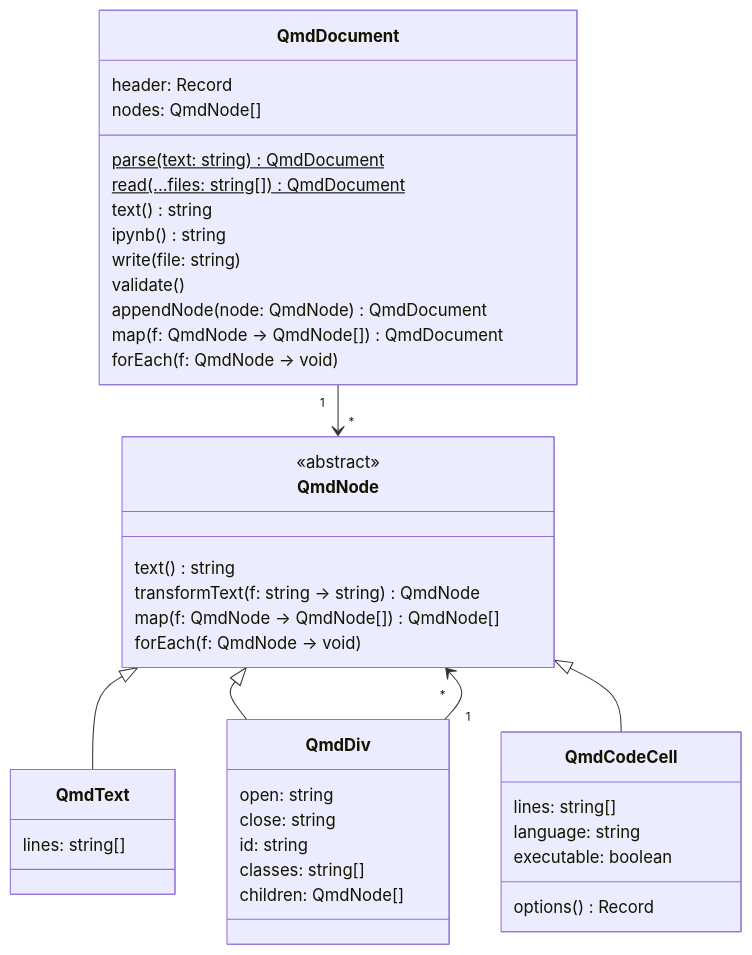
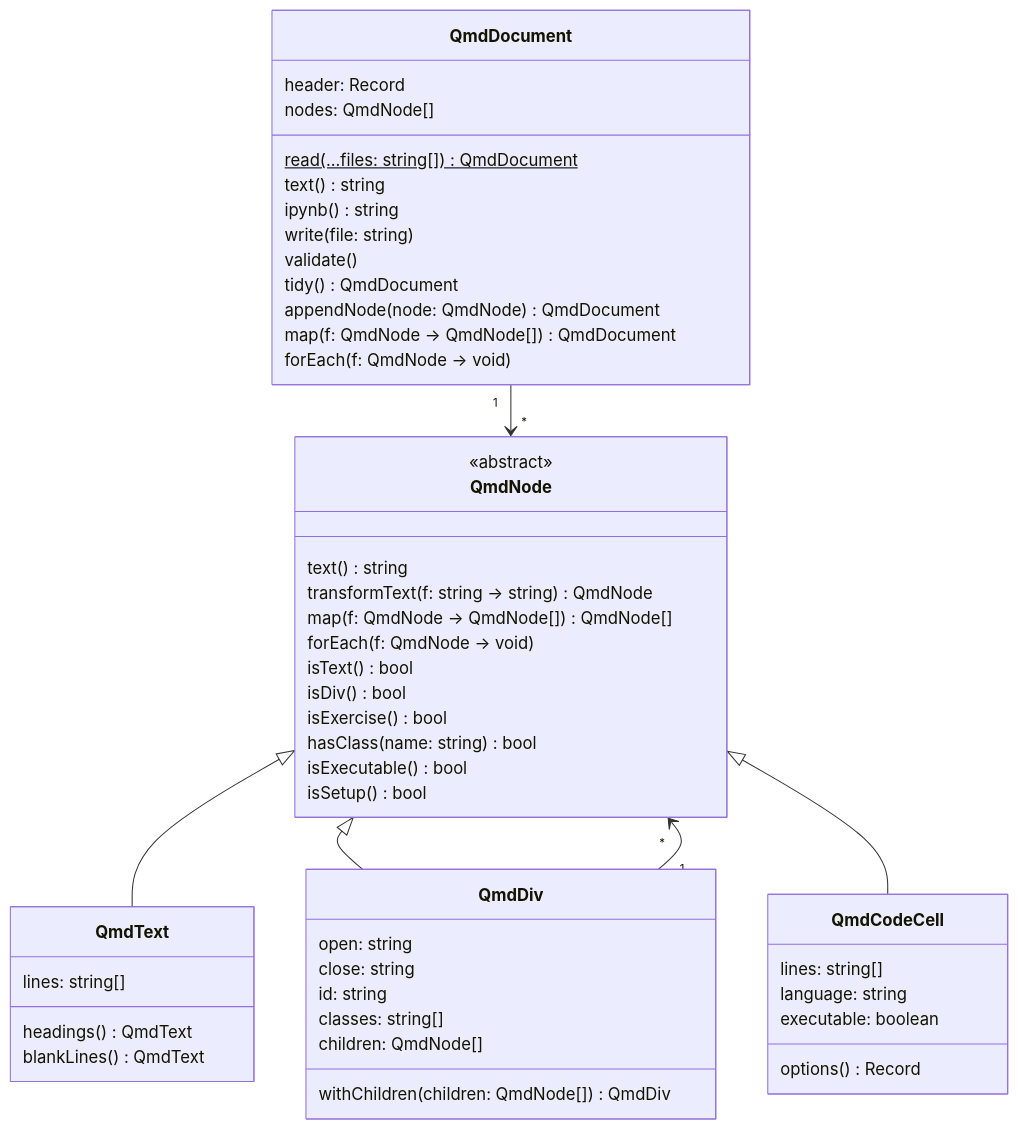
The second of 6 diagrams in DESIGN.md (matthiasbaitsch/quarto-loi-moi), drawn with Mermaid before and after one commit. The commit also changed other lines of this file and 10 other files, not shown here.

Commit message:
Node helpers as methods of QmdNode, tidy a method of QmdDocument; DESIGN in sync; TODOs

````diff
--- a/DESIGN.md
+++ b/DESIGN.md
@@ -77,45 +80,54 @@
 ```mermaid
 classDiagram
   direction TD
   QmdDocument "1" --> "*" QmdNode
   QmdNode <|-- QmdText
   QmdNode <|-- QmdDiv
   QmdNode <|-- QmdCodeCell
   QmdDiv "1" --> "*" QmdNode
   class QmdDocument {
     header: Record
     nodes: QmdNode[]
-    parse(text: string)$ QmdDocument
     read(...files: string[])$ QmdDocument
     text() string
     ipynb() string
     write(file: string)
     validate()
+    tidy() QmdDocument
     appendNode(node: QmdNode) QmdDocument
     map(f: QmdNode → QmdNode[]) QmdDocument
     forEach(f: QmdNode → void)
   }
   class QmdNode {
     <<abstract>>
     text() string
     transformText(f: string → string) QmdNode
     map(f: QmdNode → QmdNode[]) QmdNode[]
     forEach(f: QmdNode → void)
+    isText() bool
+    isDiv() bool
+    isExercise() bool
+    hasClass(name: string) bool
+    isExecutable() bool
+    isSetup() bool
   }
   class QmdText {
     lines: string[]
+    headings() QmdText
+    blankLines() QmdText
   }
   class QmdDiv {
     open: string
     close: string
     id: string
     classes: string[]
     children: QmdNode[]
+    withChildren(children: QmdNode[]) QmdDiv
   }
   class QmdCodeCell {
     lines: string[]
     language: string
     executable: boolean
     options() Record
   }
 ```
````
